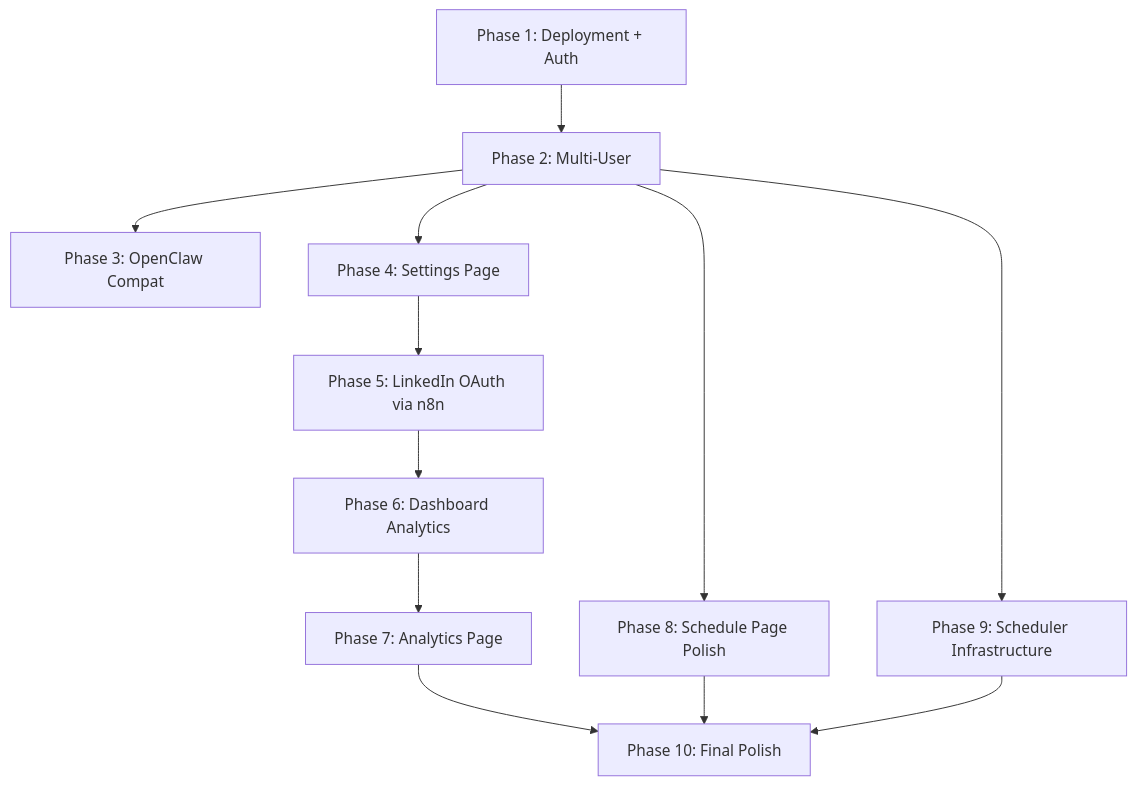
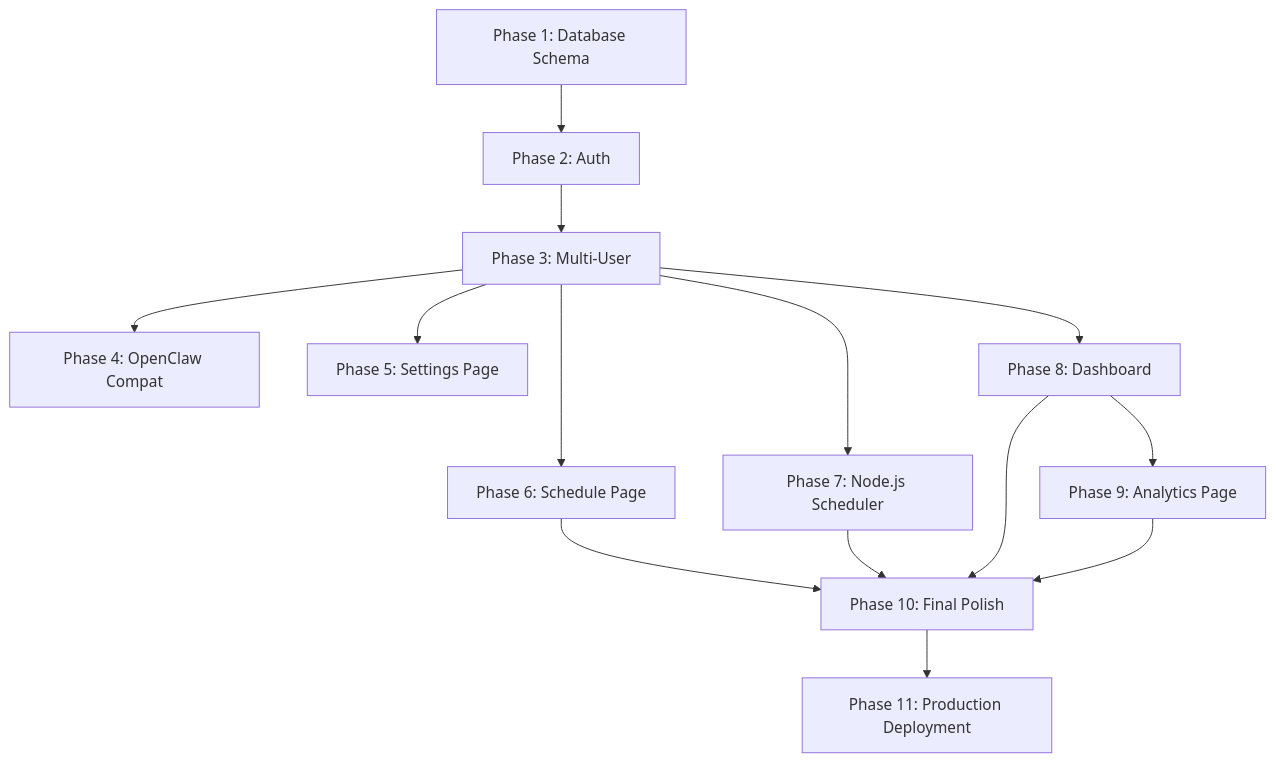
One commit to HermesTrismegistusTheThriceGreat/linkie-claw changed the diagram in docs/roadmap/00-overview.md. Above: the diagram before and after it, drawn with Mermaid. The commit also changed other lines of this file and 42 other files, not shown here.

First line of the commit message:
Phase 1: Database Schema Foundation

````diff
--- a/docs/roadmap/00-overview.md
+++ b/docs/roadmap/00-overview.md
@@ -86,14 +99,16 @@
 ```mermaid
 graph TD
-    A["Phase 1: Deployment + Auth"] --> B["Phase 2: Multi-User"]
-    B --> C["Phase 3: OpenClaw Compat"]
-    B --> D["Phase 4: Settings Page"]
-    D --> E["Phase 5: LinkedIn OAuth via n8n"]
-    E --> F["Phase 6: Dashboard Analytics"]
-    F --> G["Phase 7: Analytics Page"]
-    B --> H["Phase 8: Schedule Page Polish"]
-    B --> I["Phase 9: Scheduler Infrastructure"]
-    G --> J["Phase 10: Final Polish"]
+    A["Phase 1: Database Schema"] --> B["Phase 2: Auth"]
+    B --> C["Phase 3: Multi-User"]
+    C --> D["Phase 4: OpenClaw Compat"]
+    C --> E["Phase 5: Settings Page"]
+    C --> F["Phase 6: Schedule Page"]
+    C --> G["Phase 7: Node.js Scheduler"]
+    C --> H["Phase 8: Dashboard"]
+    H --> I["Phase 9: Analytics Page"]
+    F --> J["Phase 10: Final Polish"]
+    G --> J
     H --> J
     I --> J
+    J --> K["Phase 11: Production Deployment"]
 ```
````
